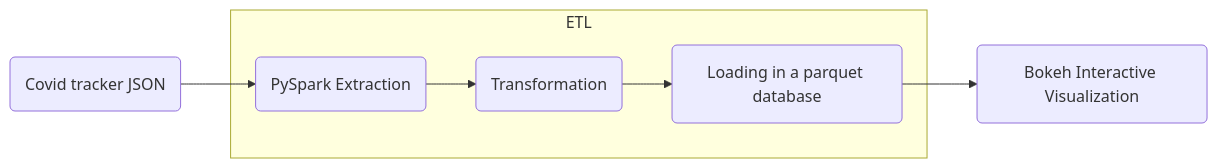
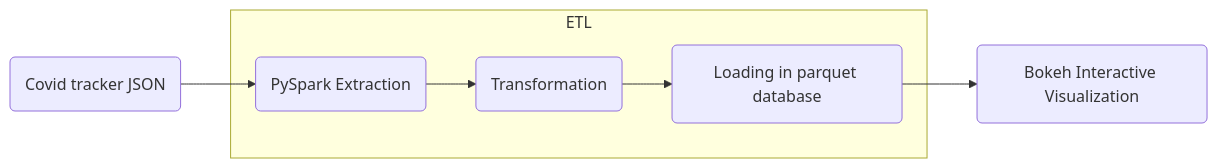
Before and after one commit to caviri/COVID19: the diagram in README.md, drawn with Mermaid. The commit also changed other lines of this file and 1 other file, not shown here.

````diff
--- a/README.md
+++ b/README.md
@@ -23,9 +23,9 @@
 ```mermaid
 graph LR;
     CT(Covid tracker JSON) --> PE(PySpark Extraction)
     subgraph one[ETL]
     PE --> T(Transformation)
-    T --> L(Loading in a parquet database)
+    T --> L(Loading in parquet database)
     end
     L --> BH(Bokeh Interactive Visualization)
 ```
````
